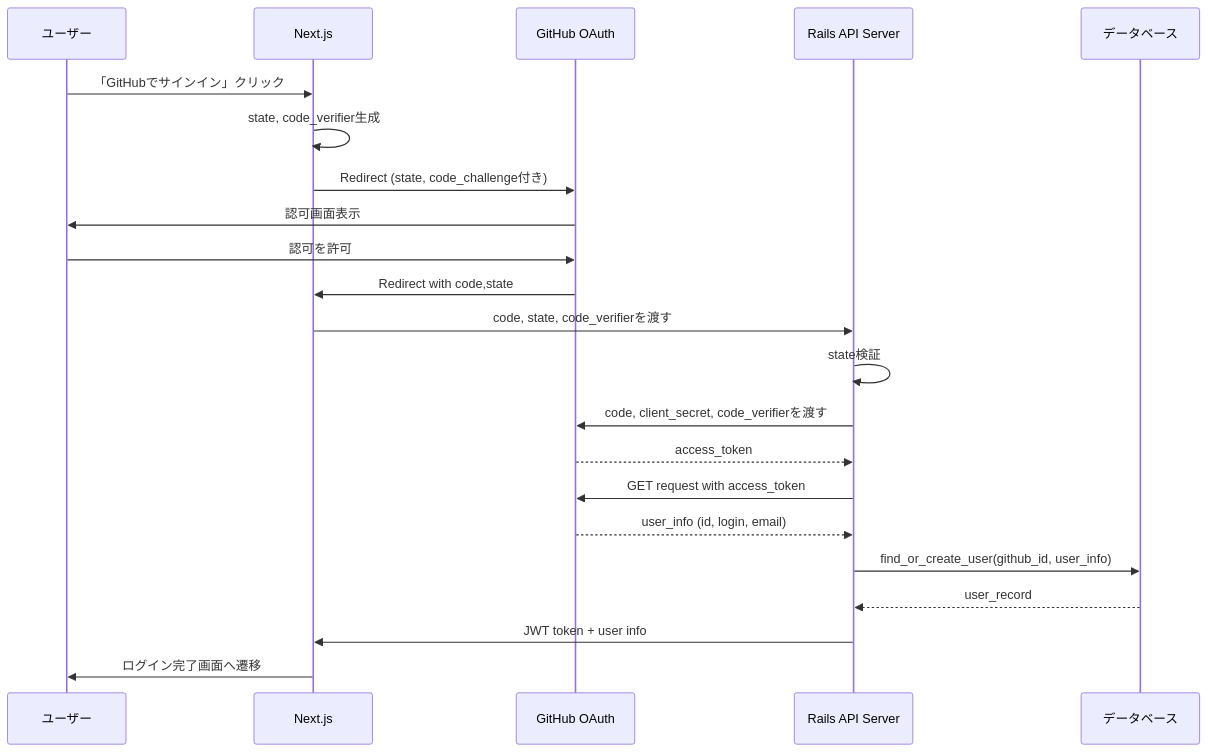
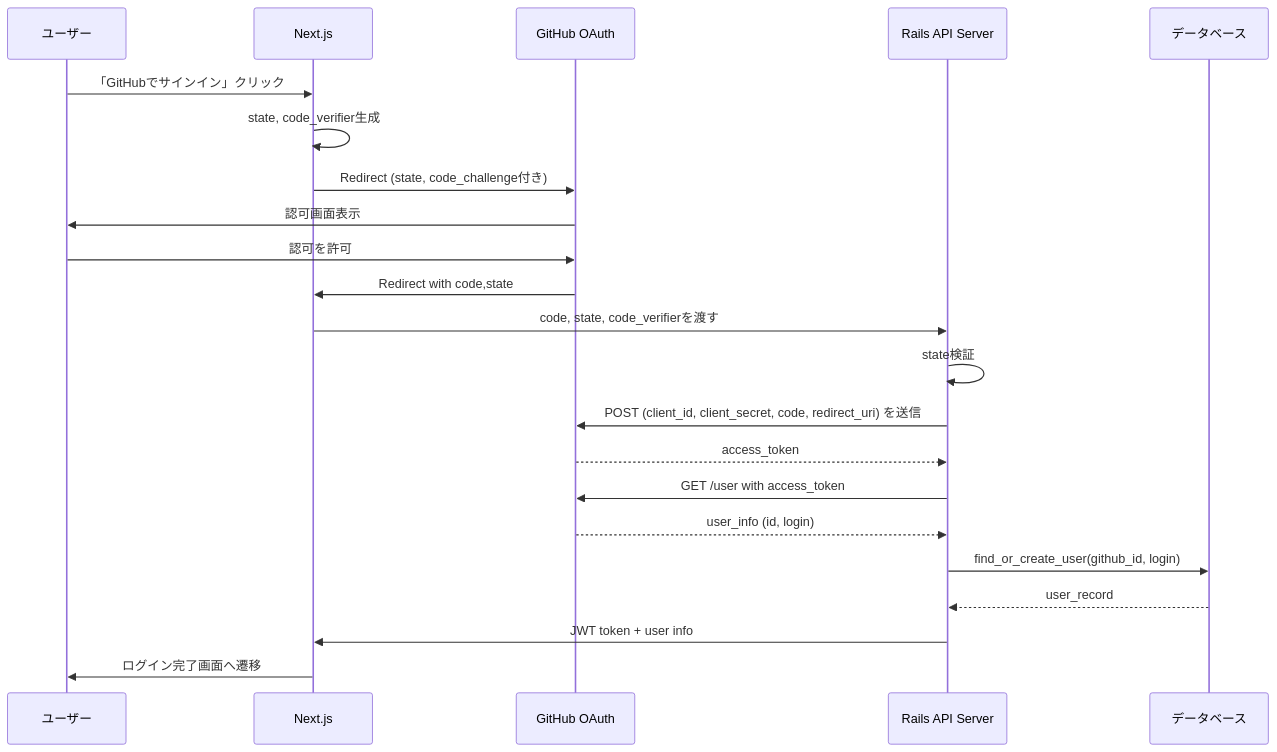
Before and after one commit to tsukuneA1/git-feed: the diagram in signin-sequence.md, drawn with Mermaid.

Commit message:
fix:emailを含まない形に変更

````diff
--- a/signin-sequence.md
+++ b/signin-sequence.md
@@ -1,25 +1,25 @@
 ```mermaid
 sequenceDiagram
     participant User as ユーザー
     participant Frontend as Next.js
     participant GitHub as GitHub OAuth
     participant API as Rails API Server
     participant DB as データベース
 
     User ->> Frontend: 「GitHubでサインイン」クリック
     Frontend ->> Frontend: state, code_verifier生成
     Frontend ->> GitHub: Redirect (state, code_challenge付き)
     GitHub ->> User: 認可画面表示
     User ->> GitHub: 認可を許可
     GitHub ->> Frontend: Redirect with code,state
     Frontend ->> API: code, state, code_verifierを渡す
     API ->> API: state検証
-    API ->> GitHub: code, client_secret, code_verifierを渡す
+    API ->> GitHub: POST (client_id, client_secret, code, redirect_uri) を送信
     GitHub -->> API: access_token
-    API ->> GitHub: GET request with access_token
-    GitHub -->> API: user_info (id, login, email) 
-    API ->> DB: find_or_create_user(github_id, user_info)
+    API ->> GitHub: GET /user with access_token
+    GitHub -->> API: user_info (id, login) 
+    API ->> DB: find_or_create_user(github_id, login)
     DB -->> API: user_record
     API ->> Frontend: JWT token + user info
     Frontend ->> User: ログイン完了画面へ遷移
 ```
````
